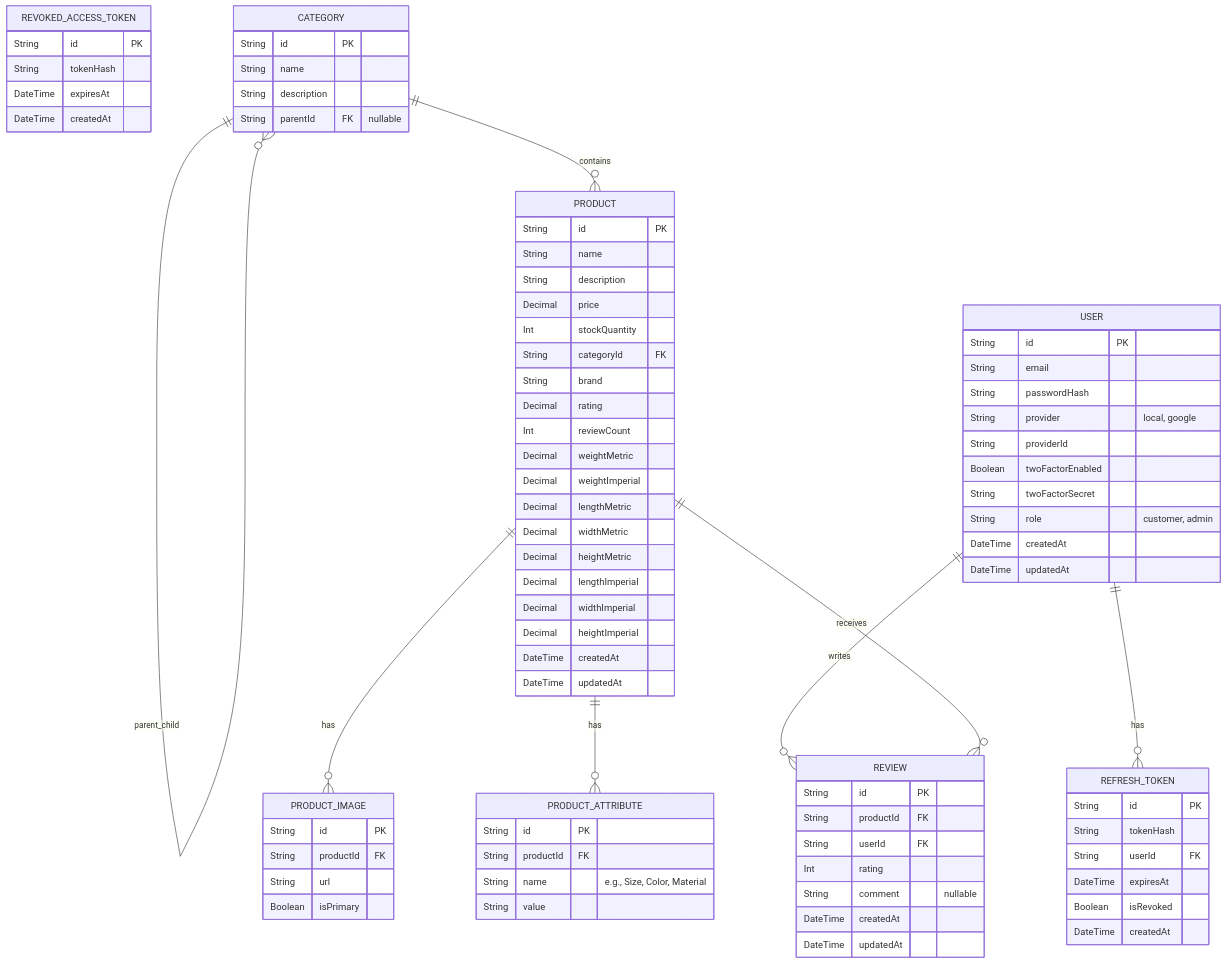
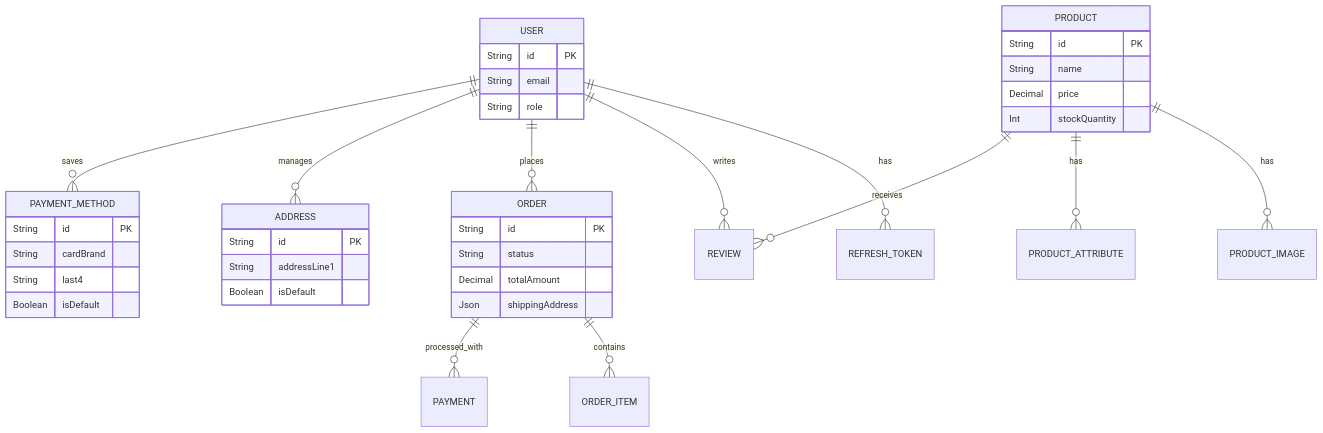
Before and after one commit to saliya1000/e-commerce: the diagram in README.md, drawn with Mermaid. The commit also changed other lines of this file, not shown here.

````diff
--- a/README.md
+++ b/README.md
@@ -81,42 +73,13 @@
 erDiagram
     USER ||--o{ REFRESH_TOKEN : has
     USER ||--o{ REVIEW : writes
+    USER ||--o{ ORDER : places
+    USER ||--o{ ADDRESS : manages
+    USER ||--o{ PAYMENT_METHOD : saves
     USER {
         String id PK
         String email
-        String passwordHash
-        String provider "local, google"
-        String providerId
-        Boolean twoFactorEnabled
-        String twoFactorSecret
-        String role "customer, admin"
-        DateTime createdAt
-        DateTime updatedAt
-    }
-
-    REFRESH_TOKEN {
-        String id PK
-        String tokenHash
-        String userId FK
-        DateTime expiresAt
-        Boolean isRevoked
-        DateTime createdAt
-    }
-    
-    REVOKED_ACCESS_TOKEN {
-        String id PK
-        String tokenHash
-        DateTime expiresAt
-        DateTime createdAt
-    }
-
-    CATEGORY ||--o{ CATEGORY : parent_child
-    CATEGORY ||--o{ PRODUCT : contains
-    CATEGORY {
-        String id PK
-        String name
-        String description
-        String parentId FK "nullable"
+        String role
     }
 
     PRODUCT ||--o{ PRODUCT_IMAGE : has
@@ -125,46 +88,29 @@
     PRODUCT {
         String id PK
         String name
-        String description
         Decimal price
         Int stockQuantity
-        String categoryId FK
-        String brand
-        Decimal rating
-        Int reviewCount
-        Decimal weightMetric
-        Decimal weightImperial
-        Decimal lengthMetric
-        Decimal widthMetric
-        Decimal heightMetric
-        Decimal lengthImperial
-        Decimal widthImperial
-        Decimal heightImperial
-        DateTime createdAt
-        DateTime updatedAt
     }
 
-    PRODUCT_IMAGE {
+    ORDER ||--o{ ORDER_ITEM : contains
+    ORDER ||--o{ PAYMENT : processed_with
+    ORDER {
         String id PK
-        String productId FK
-        String url
-        Boolean isPrimary
+        String status
+        Decimal totalAmount
+        Json shippingAddress
     }
-
-    PRODUCT_ATTRIBUTE {
+    
+    ADDRESS {
         String id PK
-        String productId FK
-        String name "e.g., Size, Color, Material"
-        String value
+        String addressLine1
+        Boolean isDefault
     }
-
-    REVIEW {
+    
+    PAYMENT_METHOD {
         String id PK
-        String productId FK
-        String userId FK
-        Int rating
-        String comment "nullable"
-        DateTime createdAt
-        DateTime updatedAt
+        String cardBrand
+        String last4
+        Boolean isDefault
     }
 ```
````
